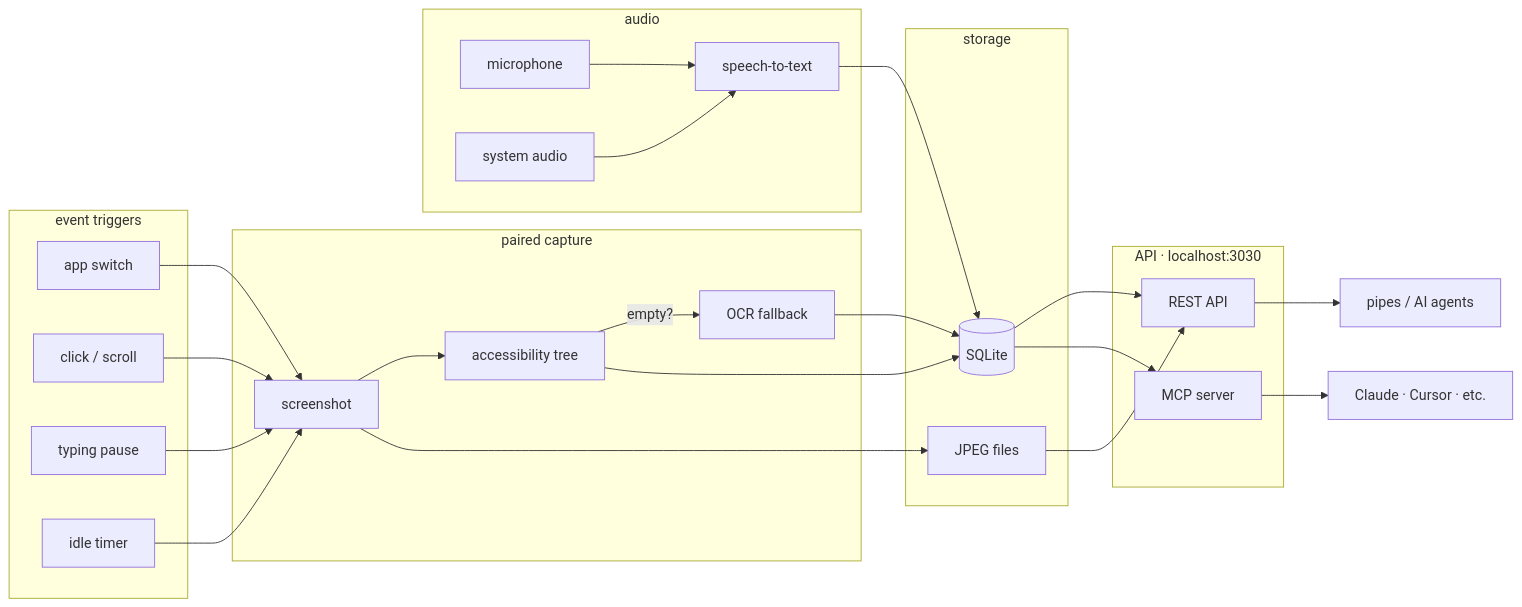
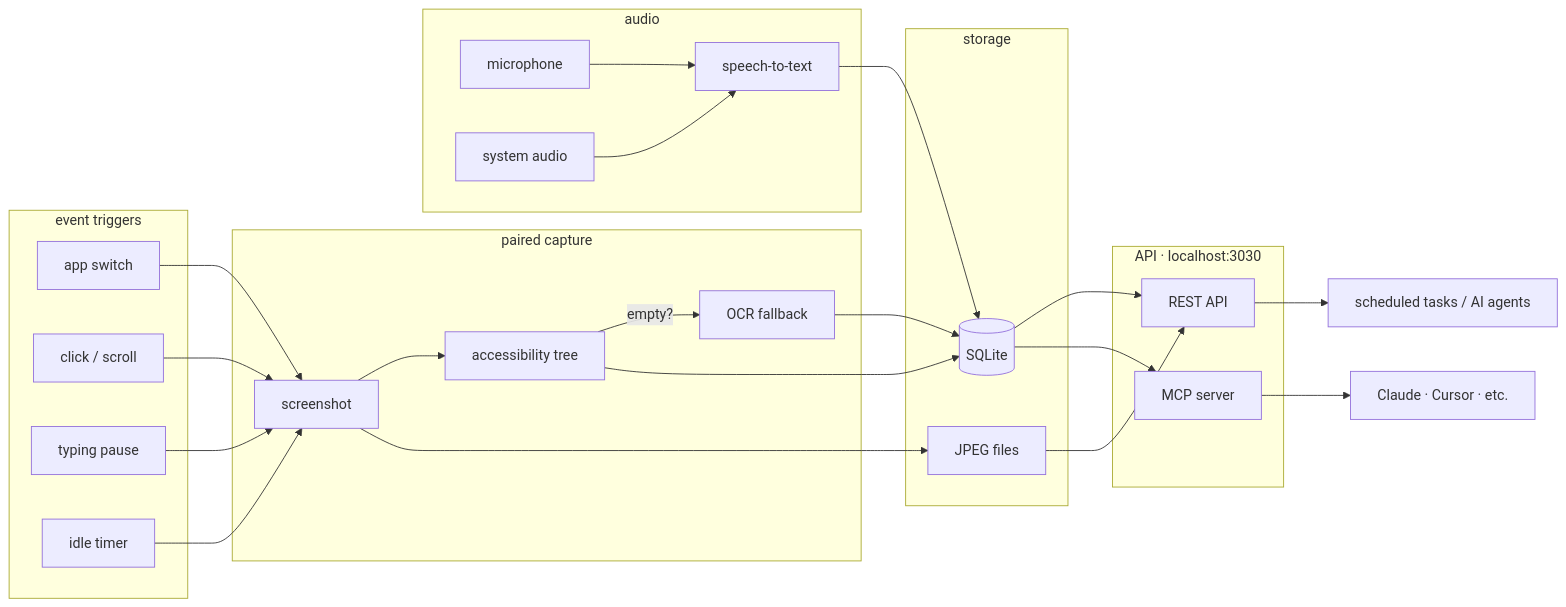
One commit to EzraEllette/screenpipe changed the first of 4 diagrams in docs/mintlify/docs-mintlify-mig-tmp/architecture.mdx. Above: the diagram before and after it, drawn with Mermaid. The commit also changed other lines of this file and 58 other files, not shown here.

Commit message:
docs: replace retired pipe branding with scheduled tasks (#7061)

````diff
--- a/docs/mintlify/docs-mintlify-mig-tmp/architecture.mdx
+++ b/docs/mintlify/docs-mintlify-mig-tmp/architecture.mdx
@@ -16,47 +16,47 @@
 ```mermaid
 graph LR
     subgraph trigger["event triggers"]
         E1[app switch]
         E2[click / scroll]
         E3[typing pause]
         E4[idle timer]
     end
 
     subgraph capture["paired capture"]
         SS[screenshot]
         A11Y[accessibility tree]
         OCR[OCR fallback]
     end
 
     subgraph audio["audio"]
         MIC[microphone]
         SYS[system audio]
         STT[speech-to-text]
     end
 
     subgraph store["storage"]
         DB[(SQLite)]
         FS[JPEG files]
     end
 
     subgraph serve["API · localhost:3030"]
         REST[REST API]
         MCP[MCP server]
     end
 
     E1 & E2 & E3 & E4 --> SS
     SS --> A11Y
     A11Y -->|empty?| OCR
     A11Y --> DB
     OCR --> DB
     SS --> FS
 
     MIC & SYS --> STT --> DB
 
     DB --> REST
     DB --> MCP
     FS --> REST
 
-    REST --> P[pipes / AI agents]
+    REST --> P[scheduled tasks / AI agents]
     MCP --> AI[Claude · Cursor · etc.]
 ```
````
